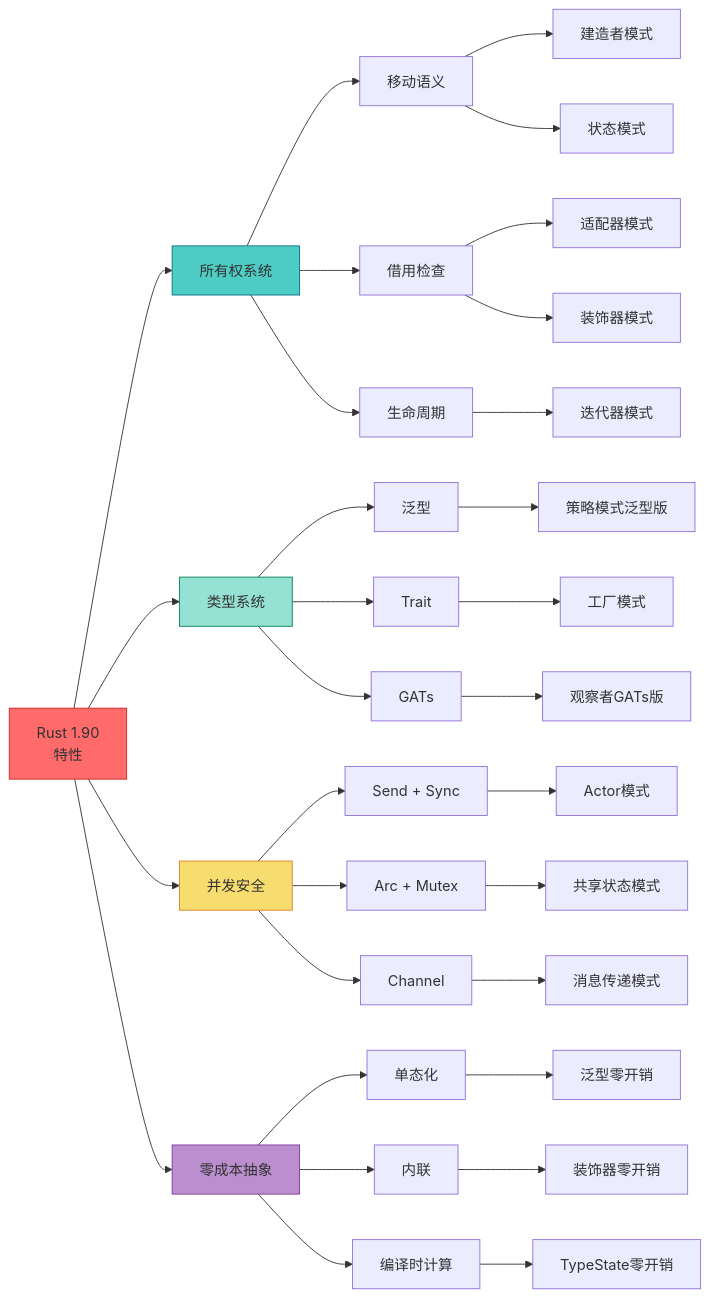
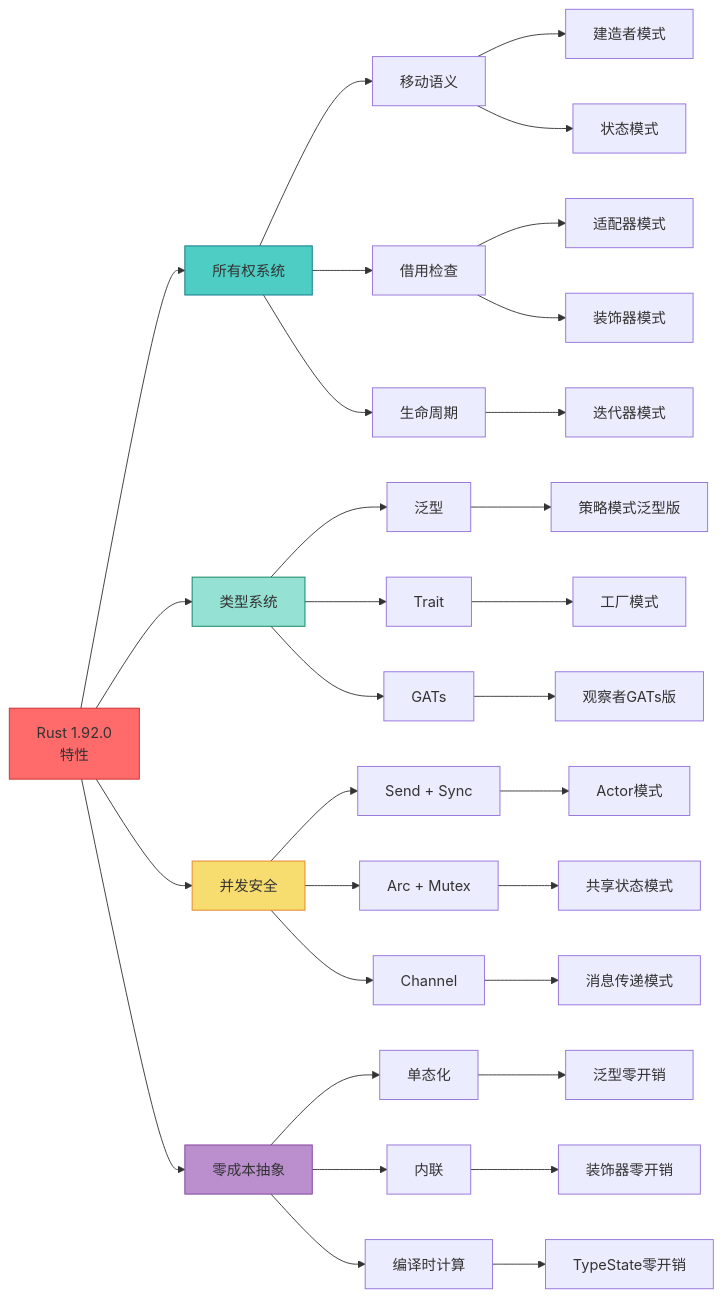
Before and after one commit to martin-ly/rust-lang: the fifth of 20 diagrams in crates/c09_design_pattern/docs/MIND_MAP.md, drawn with Mermaid. The commit also changed other lines of this file and 290 other files, not shown here.

````diff
--- a/crates/c09_design_pattern/docs/MIND_MAP.md
+++ b/crates/c09_design_pattern/docs/MIND_MAP.md
@@ -265,47 +265,47 @@
 ```mermaid
 graph LR
-    Root[Rust 1.90<br/>特性] --> F1[所有权系统]
+    Root[Rust 1.92.0<br/>特性] --> F1[所有权系统]
     Root --> F2[类型系统]
     Root --> F3[并发安全]
     Root --> F4[零成本抽象]
 
     F1 --> F1_1[移动语义]
     F1 --> F1_2[借用检查]
     F1 --> F1_3[生命周期]
 
     F1_1 --> P1_1[建造者模式]
     F1_1 --> P1_2[状态模式]
     F1_2 --> P1_3[适配器模式]
     F1_2 --> P1_4[装饰器模式]
     F1_3 --> P1_5[迭代器模式]
 
     F2 --> F2_1[泛型]
     F2 --> F2_2[Trait]
     F2 --> F2_3[GATs]
 
     F2_1 --> P2_1[策略模式泛型版]
     F2_2 --> P2_2[工厂模式]
     F2_3 --> P2_3[观察者GATs版]
 
     F3 --> F3_1[Send + Sync]
     F3 --> F3_2[Arc + Mutex]
     F3 --> F3_3[Channel]
 
     F3_1 --> P3_1[Actor模式]
     F3_2 --> P3_2[共享状态模式]
     F3_3 --> P3_3[消息传递模式]
 
     F4 --> F4_1[单态化]
     F4 --> F4_2[内联]
     F4 --> F4_3[编译时计算]
 
     F4_1 --> P4_1[泛型零开销]
     F4_2 --> P4_2[装饰器零开销]
     F4_3 --> P4_3[TypeState零开销]
 
     style Root fill:#FF6B6B,stroke:#C92A2A
     style F1 fill:#4ECDC4,stroke:#0B7285
     style F2 fill:#95E1D3,stroke:#087F5B
     style F3 fill:#F7DC6F,stroke:#E67E22
     style F4 fill:#BB8FCE,stroke:#7D3C98
 ```
````
